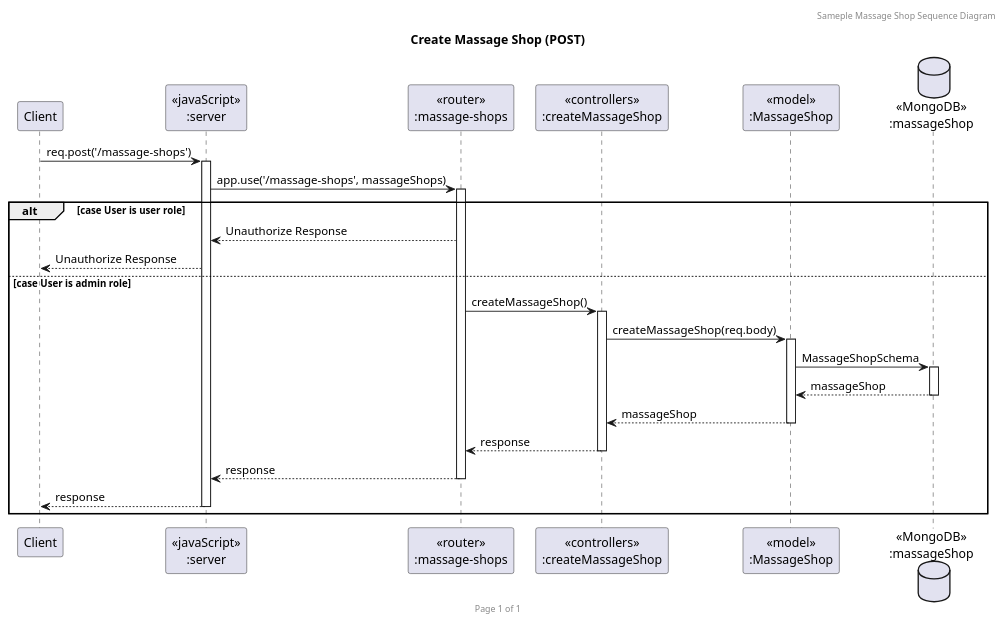
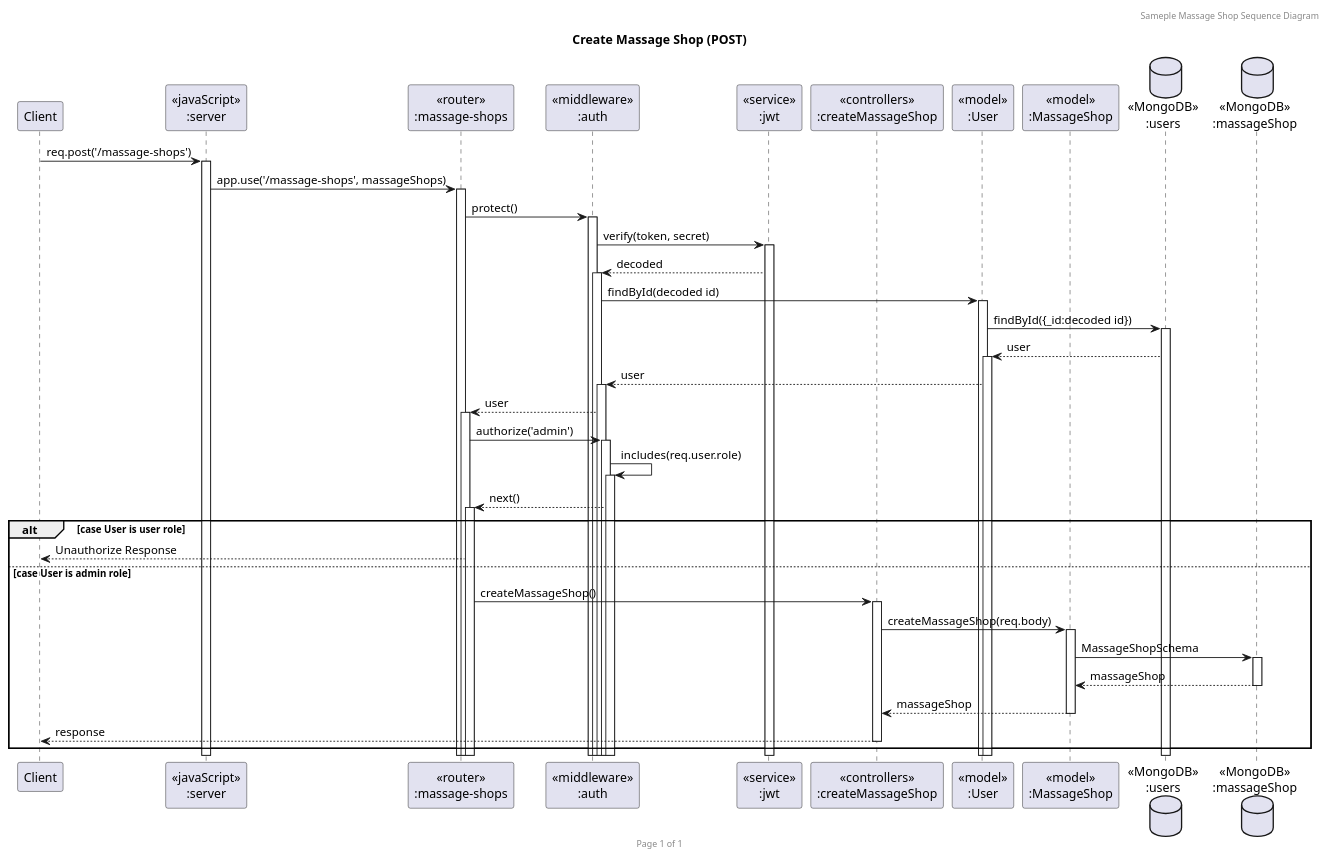
Before and after one commit to BabeTanya/massage-catherine: the diagram in sequence_diagram/MassageSequence_create_massage_shop.puml, drawn with PlantUML. The commit also changed 13 other files, not shown here.

Commit message:
Revise sequence diagram and import new collection postman

```diff
--- a/sequence_diagram/MassageSequence_create_massage_shop.puml
+++ b/sequence_diagram/MassageSequence_create_massage_shop.puml
@@ -1,30 +1,45 @@
 @startuml Create Massage Shop (POST)
 
 header Sameple Massage Shop Sequence Diagram
 footer Page %page% of %lastpage%
 title "Create Massage Shop (POST)"
 
 participant "Client" as client
 participant "<<javaScript>>\n:server" as server
 participant "<<router>>\n:massage-shops" as routerMassageShop
+participant "<<middleware>>\n:auth" as middleware
+participant "<<service>>\n:jwt" as service
 participant "<<controllers>>\n:createMassageShop" as controllersCreateMassageShop
+participant "<<model>>\n:User" as modelUser
 participant "<<model>>\n:MassageShop" as modelMassageShop
+database "<<MongoDB>>\n:users" as UsersDatabase
 database "<<MongoDB>>\n:massageShop" as MassageShopDatabase
 
 client->server ++:req.post('/massage-shops')
 server->routerMassageShop ++:app.use('/massage-shops', massageShops)
+routerMassageShop -> middleware ++:protect()
+middleware -> service ++:verify(token, secret)
+middleware <-- service ++:decoded
+middleware -> modelUser ++:findById(decoded id)
+modelUser -> UsersDatabase ++:findById({_id:decoded id})
+modelUser <-- UsersDatabase ++:user
+middleware <-- modelUser ++:user
+routerMassageShop <-- middleware ++:user
+routerMassageShop -> middleware ++:authorize('admin')
+middleware -> middleware ++:includes(req.user.role)
+routerMassageShop <-- middleware ++:next()
 alt case User is user role
-server<--routerMassageShop: Unauthorize Response
-client <-- server: Unauthorize Response
+client<--routerMassageShop: Unauthorize Response
+' client <-- server: Unauthorize Response
 else case User is admin role
 routerMassageShop -> controllersCreateMassageShop ++:createMassageShop()
 controllersCreateMassageShop->modelMassageShop ++:createMassageShop(req.body)
 modelMassageShop ->MassageShopDatabase ++: MassageShopSchema
 MassageShopDatabase --> modelMassageShop --: massageShop
 controllersCreateMassageShop <-- modelMassageShop --:massageShop
-routerMassageShop <-- controllersCreateMassageShop --:response
-server <-- routerMassageShop --:response
-client <-- server --:response
+client <-- controllersCreateMassageShop --:response
+' server <-- routerMassageShop --:response
+' client <-- server --:response
 end
 
 @enduml
```
